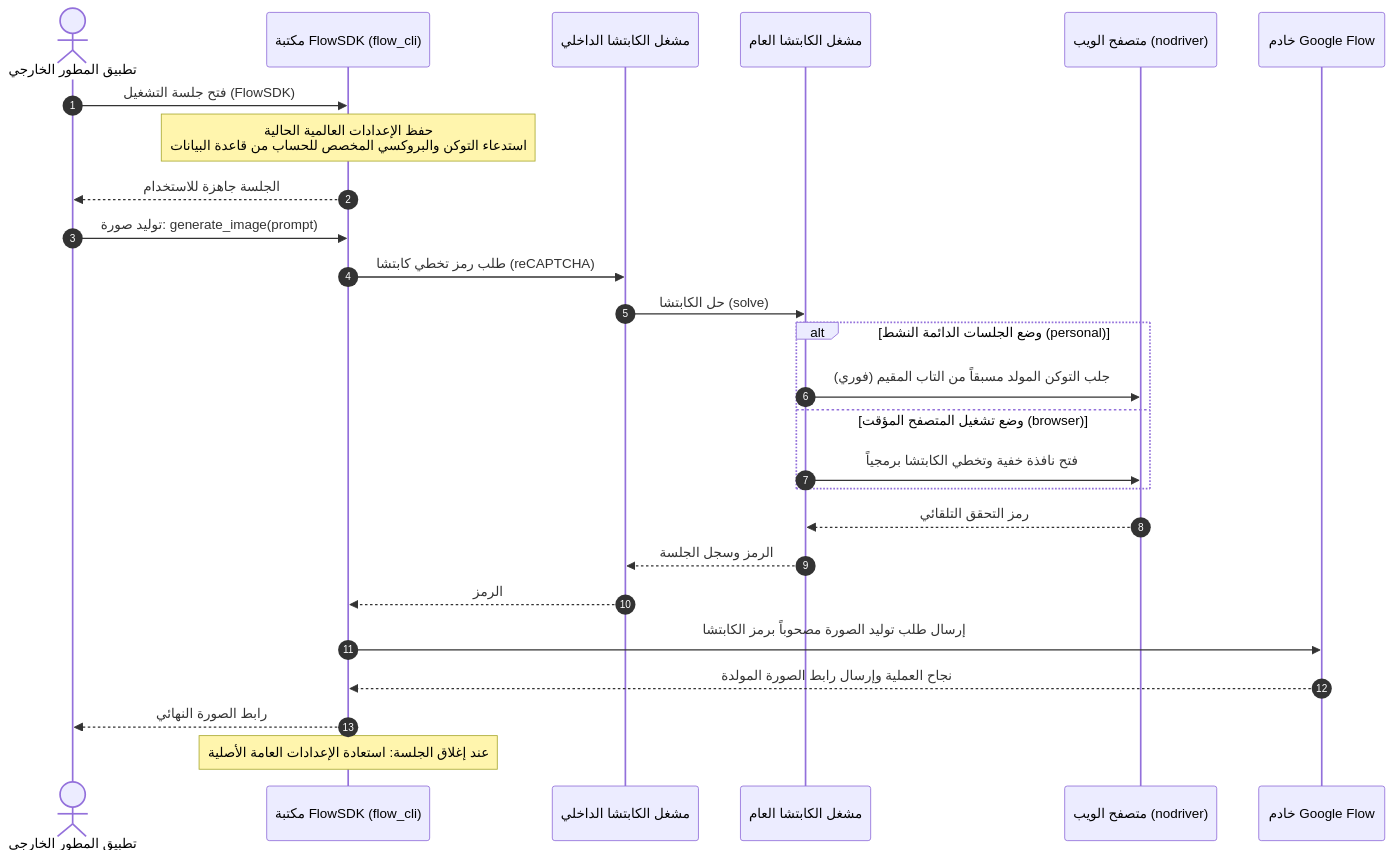
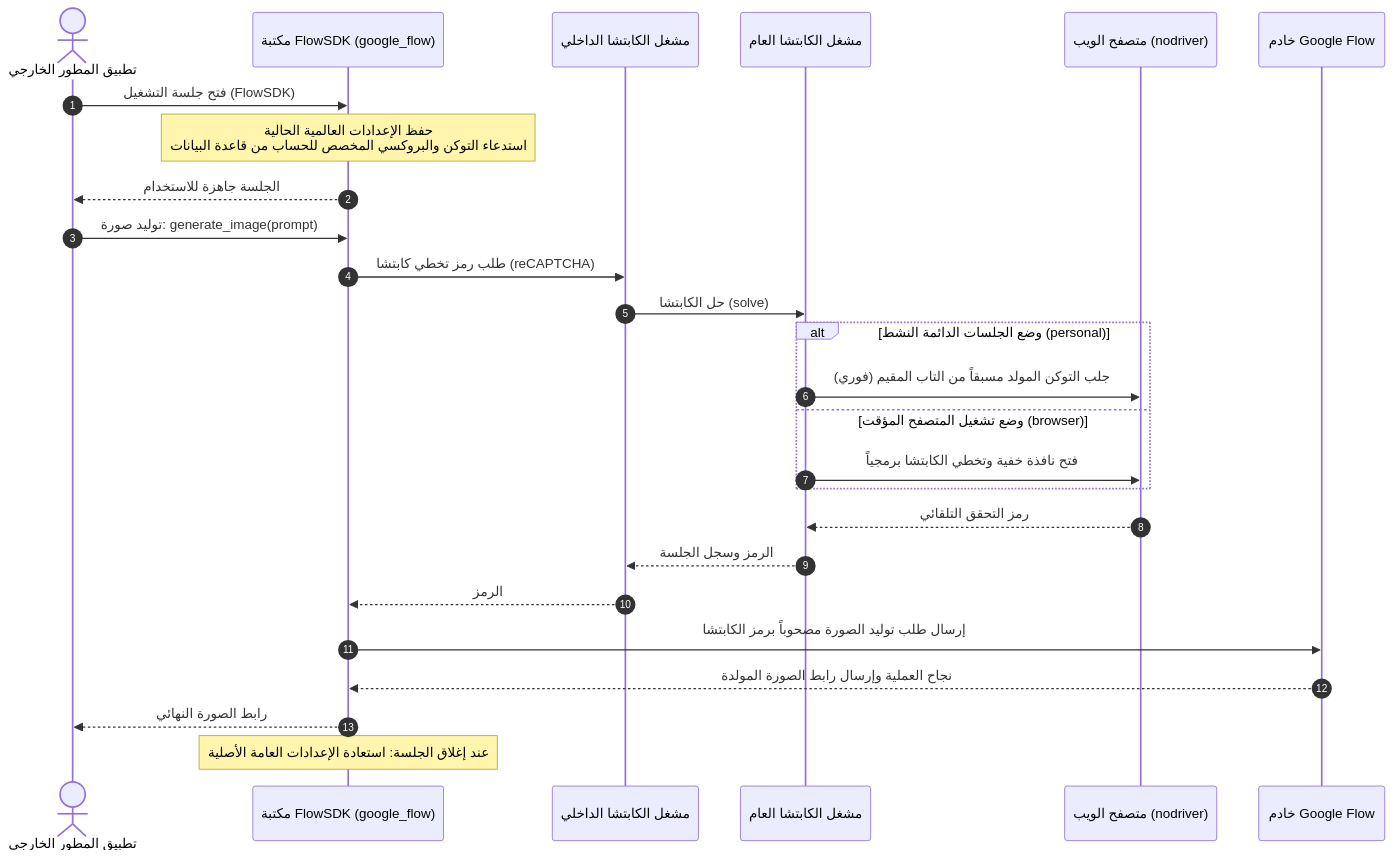
Before and after one commit to 3mora2/google-flow: the second of 3 diagrams in ARCHITECTURE-ar.md, drawn with Mermaid. The commit also changed other lines of this file and 142 other files, not shown here.

First line of the commit message:
Rename package namespace to google_flow

````diff
--- a/ARCHITECTURE-ar.md
+++ b/ARCHITECTURE-ar.md
@@ -204,34 +204,34 @@
 ```mermaid
 sequenceDiagram
     autonumber
     actor App as تطبيق المطور الخارجي
-    participant SDK as مكتبة FlowSDK (flow_cli)
+    participant SDK as مكتبة FlowSDK (google_flow)
     participant IPProvider as مشغل الكابتشا الداخلي
     participant Runtime as مشغل الكابتشا العام
     participant Browser as متصفح الويب (nodriver)
     participant FlowAPI as خادم Google Flow
 
     App->>SDK: فتح جلسة التشغيل (FlowSDK)
     Note over SDK: حفظ الإعدادات العالمية الحالية<br/>استدعاء التوكن والبروكسي المخصص للحساب من قاعدة البيانات
     SDK-->>App: الجلسة جاهزة للاستخدام
 
     App->>SDK: توليد صورة: generate_image(prompt)
     SDK->>IPProvider: طلب رمز تخطي كابتشا (reCAPTCHA)
     IPProvider->>Runtime: حل الكابتشا (solve)
     
     alt وضع الجلسات الدائمة النشط (personal)
         Runtime->>Browser: جلب التوكن المولد مسبقاً من التاب المقيم (فوري)
     else وضع تشغيل المتصفح المؤقت (browser)
         Runtime->>Browser: فتح نافذة خفية وتخطي الكابتشا برمجياً
     end
     
     Browser-->>Runtime: رمز التحقق التلقائي
     Runtime-->>IPProvider: الرمز وسجل الجلسة
     IPProvider-->>SDK: الرمز
     
     SDK->>FlowAPI: إرسال طلب توليد الصورة مصحوباً برمز الكابتشا
     FlowAPI-->>SDK: نجاح العملية وإرسال رابط الصورة المولدة
     SDK-->>App: رابط الصورة النهائي
     
     Note over SDK: عند إغلاق الجلسة: استعادة الإعدادات العامة الأصلية
 ```
````
